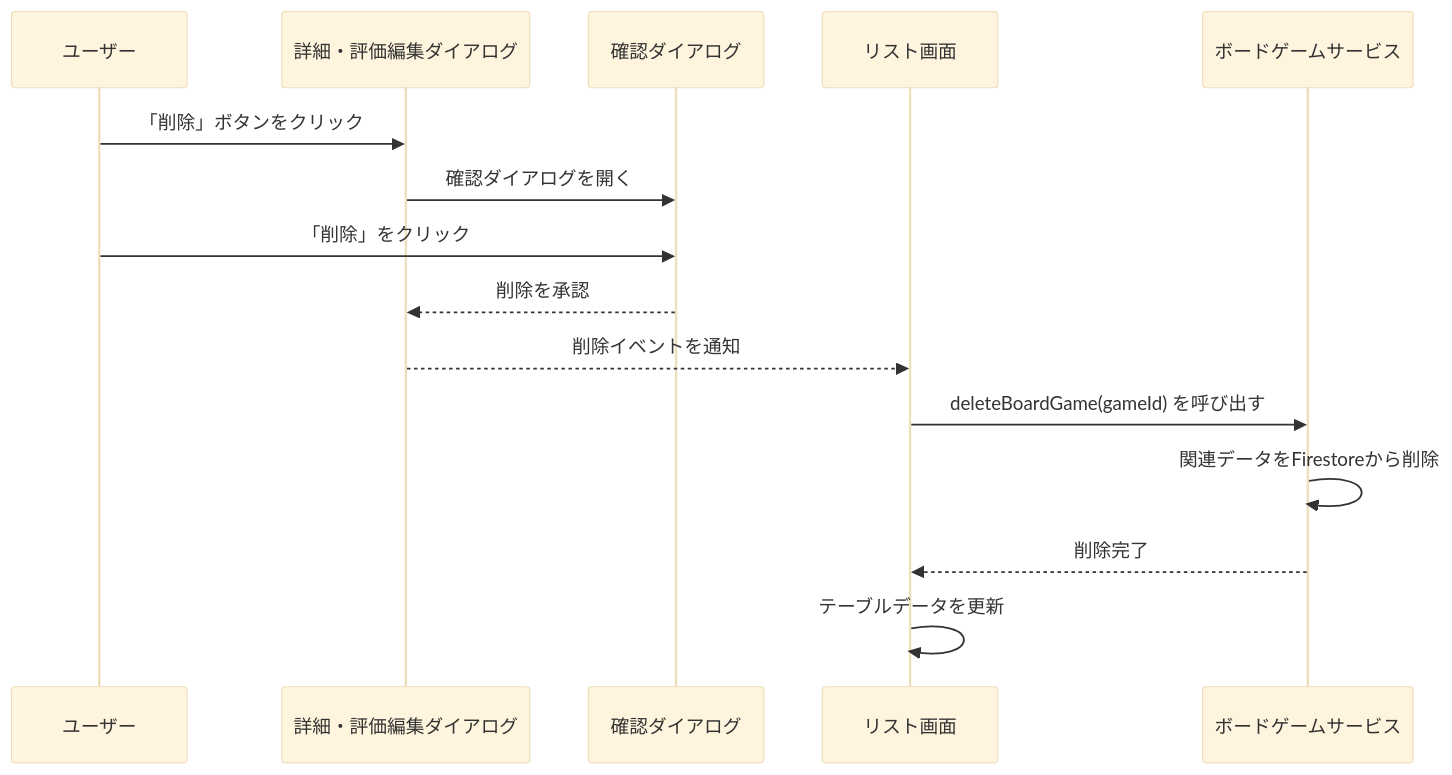
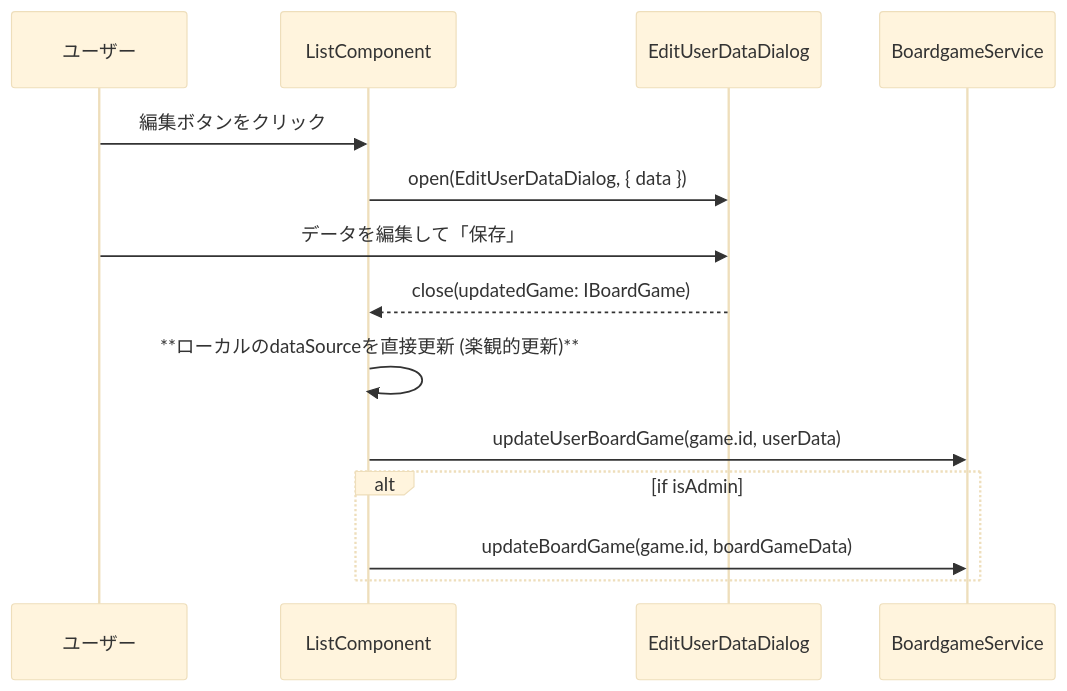
The third of 3 diagrams in document/list-page-design.md (t-kajimoto/bg-manager), drawn with Mermaid (base theme) before and after one commit. The commit also changed other lines of this file and 7 other files, not shown here.

````diff
--- a/document/list-page-design.md
+++ b/document/list-page-design.md
@@ -211,18 +90,17 @@
 ```mermaid
 sequenceDiagram
     participant User as ユーザー
-    participant EditUserDataDialog as 詳細・評価編集ダイアログ
-    participant ConfirmationDialog as 確認ダイアログ
-    participant ListComponent as リスト画面
-    participant BoardgameService as ボードゲームサービス
+    participant List as ListComponent
+    participant EditDialog as EditUserDataDialog
+    participant Service as BoardgameService
 
-    User->>EditUserDataDialog: 「削除」ボタンをクリック
-    EditUserDataDialog->>ConfirmationDialog: 確認ダイアログを開く
-    User->>ConfirmationDialog: 「削除」をクリック
-    ConfirmationDialog-->>EditUserDataDialog: 削除を承認
-    EditUserDataDialog-->>ListComponent: 削除イベントを通知
-    ListComponent->>BoardgameService: deleteBoardGame(gameId) を呼び出す
-    BoardgameService->>BoardgameService: 関連データをFirestoreから削除
-    BoardgameService-->>ListComponent: 削除完了
-    ListComponent->>ListComponent: テーブルデータを更新
+    User->>List: 編集ボタンをクリック
+    List->>EditDialog: open(EditUserDataDialog, { data })
+    User->>EditDialog: データを編集して「保存」
+    EditDialog-->>List: close(updatedGame: IBoardGame)
+    List->>List: **ローカルのdataSourceを直接更新 (楽観的更新)**
+    List->>Service: updateUserBoardGame(game.id, userData)
+    alt if isAdmin
+        List->>Service: updateBoardGame(game.id, boardGameData)
+    end
 ```
````
